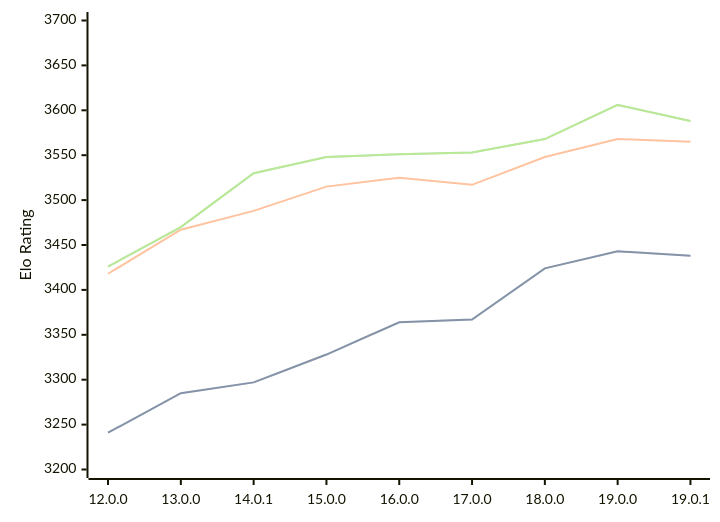
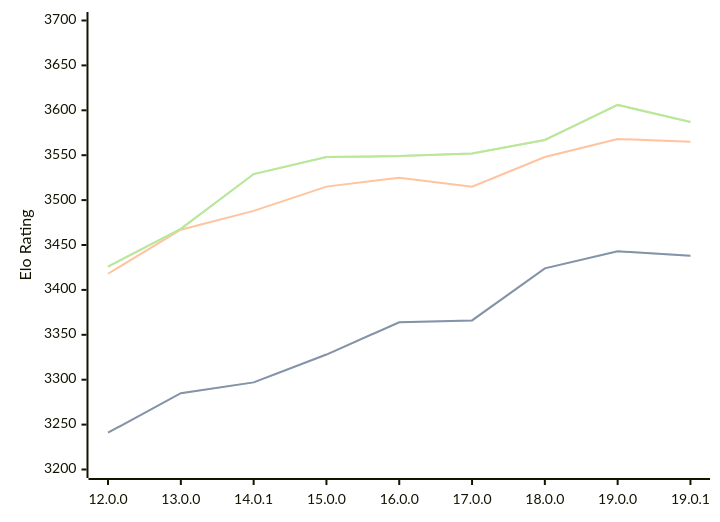
The diagram in engines/Viridithas.md (computer-chess-index/cci), drawn with Mermaid before and after one commit. The commit also changed other lines of this file, not shown here.

Commit message:
Update CCI Ratings (ELO VLTC) - 2026-03-17

````diff
--- a/engines/Viridithas.md
+++ b/engines/Viridithas.md
@@ -61,11 +61,11 @@
 ```mermaid
 %%{init: {"theme":"base","themeVariables":{"seriesColors:['#a3a3a3','#222221','#faa371']}}}%%
 xychart-beta
   x-axis ["12.0.0", "13.0.0", "14.0.1", "15.0.0", "16.0.0", "17.0.0", "18.0.0", "19.0.0", "19.0.1"]
   y-axis "Elo Rating" 3200 --> 3700
-  line "STC (8.0+0.08s)" [3241, 3285, 3297, 3328, 3364, 3367, 3424, 3443, 3438]
-  line "STC (8.0+0.08s)" [3241, 3285, 3297, 3328, 3364, 3367, 3424, 3443, 3438]
-  line "LTC (60.0+0.60s)" [3418, 3467, 3488, 3515, 3525, 3517, 3548, 3568, 3565]
-  line "VLTC (2m24s+1.12s)" [3426, 3470, 3530, 3548, 3551, 3553, 3568, 3606, 3588]
-  line "VLTC (2m24s+1.12s)" [3426, 3470, 3530, 3548, 3551, 3553, 3568, 3606, 3588]
+  line "STC (8.0+0.08s)" [3241, 3285, 3297, 3328, 3364, 3366, 3424, 3443, 3438]
+  line "STC (8.0+0.08s)" [3241, 3285, 3297, 3328, 3364, 3366, 3424, 3443, 3438]
+  line "LTC (60.0+0.60s)" [3418, 3467, 3488, 3515, 3525, 3515, 3548, 3568, 3565]
+  line "VLTC (2m24s+1.12s)" [3426, 3468, 3529, 3548, 3549, 3552, 3567, 3606, 3587]
+  line "VLTC (2m24s+1.12s)" [3426, 3468, 3529, 3548, 3549, 3552, 3567, 3606, 3587]
 ```
````
